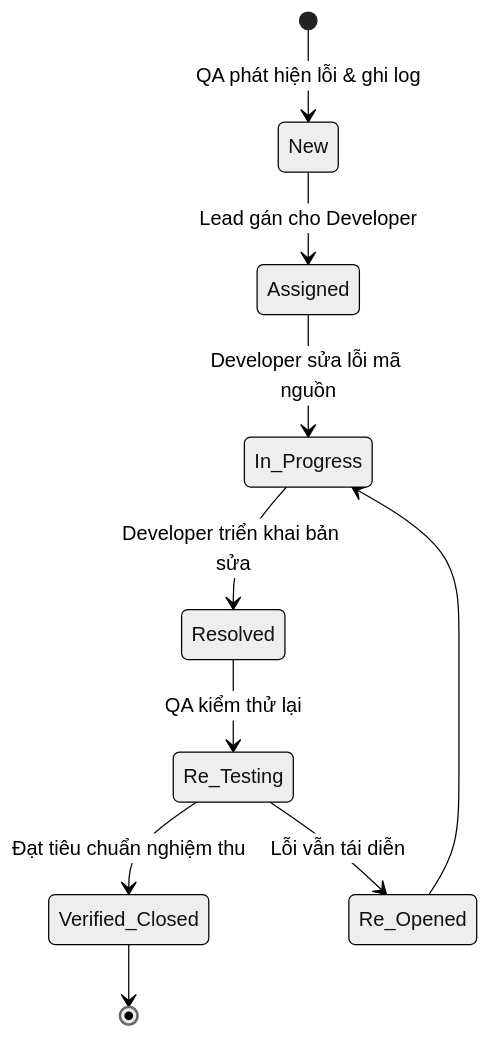
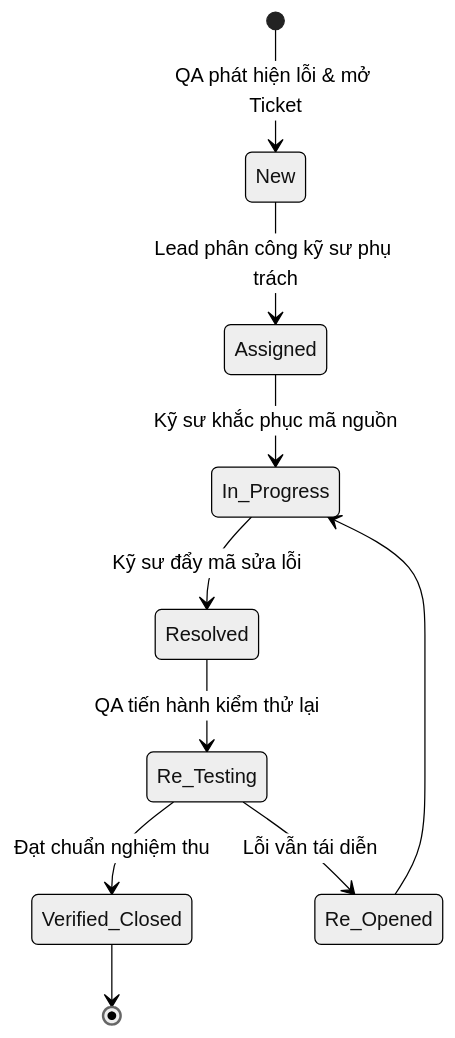
One commit to O-chit/eproject1 changed the second of 2 diagrams in docs/test-plan.md. Above: the diagram before and after it, drawn with Mermaid (neutral theme). The commit also changed other lines of this file and 47 other files, not shown here.

````diff
--- a/docs/test-plan.md
+++ b/docs/test-plan.md
@@ -204,12 +211,12 @@
 ```mermaid
 stateDiagram-v2
-    [*] --> New: QA phát hiện lỗi & ghi log
-    New --> Assigned: Lead gán cho Developer
-    Assigned --> In_Progress: Developer sửa lỗi mã nguồn
-    In_Progress --> Resolved: Developer triển khai bản sửa
-    Resolved --> Re_Testing: QA kiểm thử lại
-    Re_Testing --> Verified_Closed: Đạt tiêu chuẩn nghiệm thu
+    [*] --> New: QA phát hiện lỗi & mở Ticket
+    New --> Assigned: Lead phân công kỹ sư phụ trách
+    Assigned --> In_Progress: Kỹ sư khắc phục mã nguồn
+    In_Progress --> Resolved: Kỹ sư đẩy mã sửa lỗi
+    Resolved --> Re_Testing: QA tiến hành kiểm thử lại
+    Re_Testing --> Verified_Closed: Đạt chuẩn nghiệm thu
     Re_Testing --> Re_Opened: Lỗi vẫn tái diễn
     Re_Opened --> In_Progress
     Verified_Closed --> [*]
 ```
````
